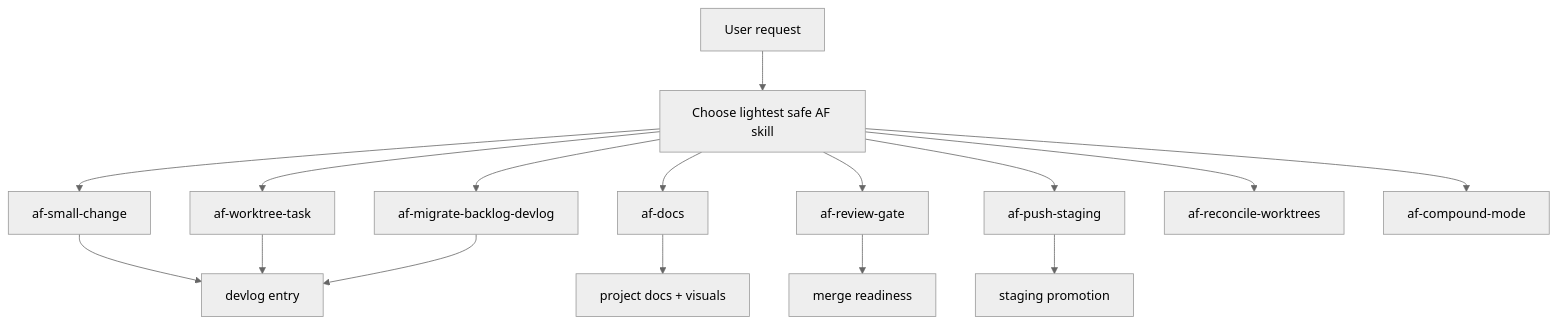
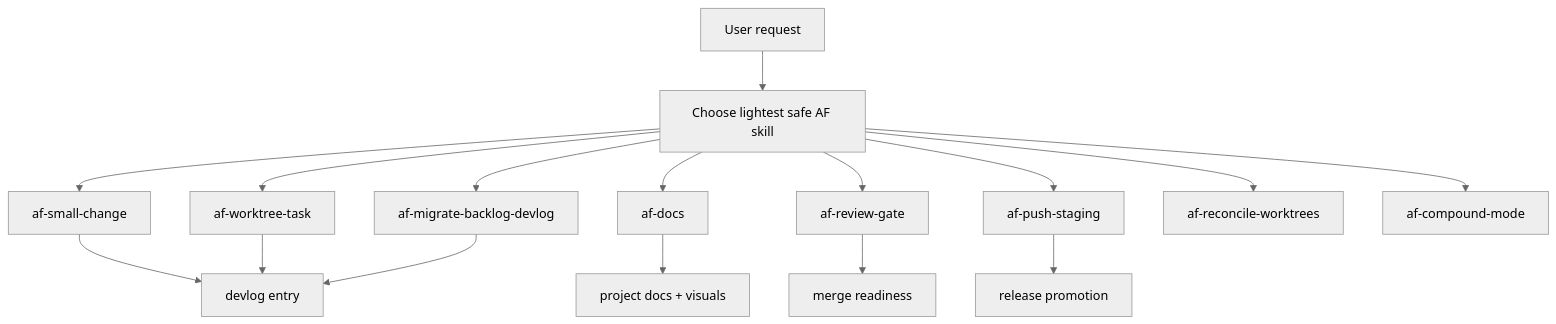
One commit to miketaheny/codex-setup changed the fourth of 5 diagrams in docs/ARCHITECTURE.md. Above: the diagram before and after it, drawn with Mermaid (neutral theme). The commit also changed other lines of this file and 38 other files, not shown here.

Commit message:
feat: add agent-flow lifecycle enforcement

````diff
--- a/docs/ARCHITECTURE.md
+++ b/docs/ARCHITECTURE.md
@@ -77,19 +85,19 @@
 ```mermaid
 flowchart TD
     Request["User request"] --> Choose["Choose lightest safe AF skill"]
     Choose --> Small["af-small-change"]
     Choose --> Worktree["af-worktree-task"]
     Choose --> Docs["af-docs"]
     Choose --> Migration["af-migrate-backlog-devlog"]
     Choose --> Review["af-review-gate"]
     Choose --> Staging["af-push-staging"]
     Choose --> Reconcile["af-reconcile-worktrees"]
     Choose --> Compound["af-compound-mode"]
 
     Small --> Devlog["devlog entry"]
     Worktree --> Devlog
     Docs --> ProjectDocs["project docs + visuals"]
     Migration --> Devlog
     Review --> MergeDecision["merge readiness"]
-    Staging --> Protected["staging promotion"]
+    Staging --> Protected["release promotion"]
 ```
````
